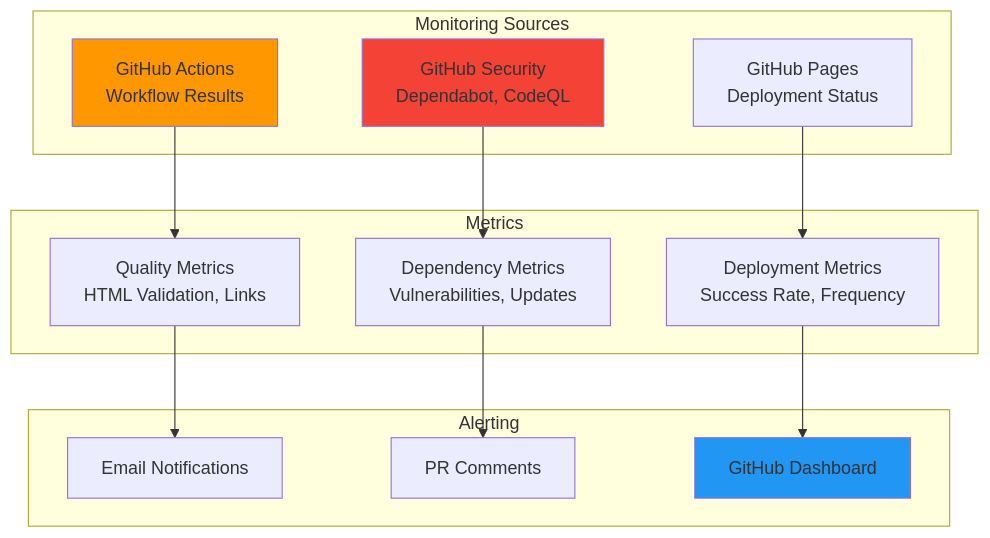
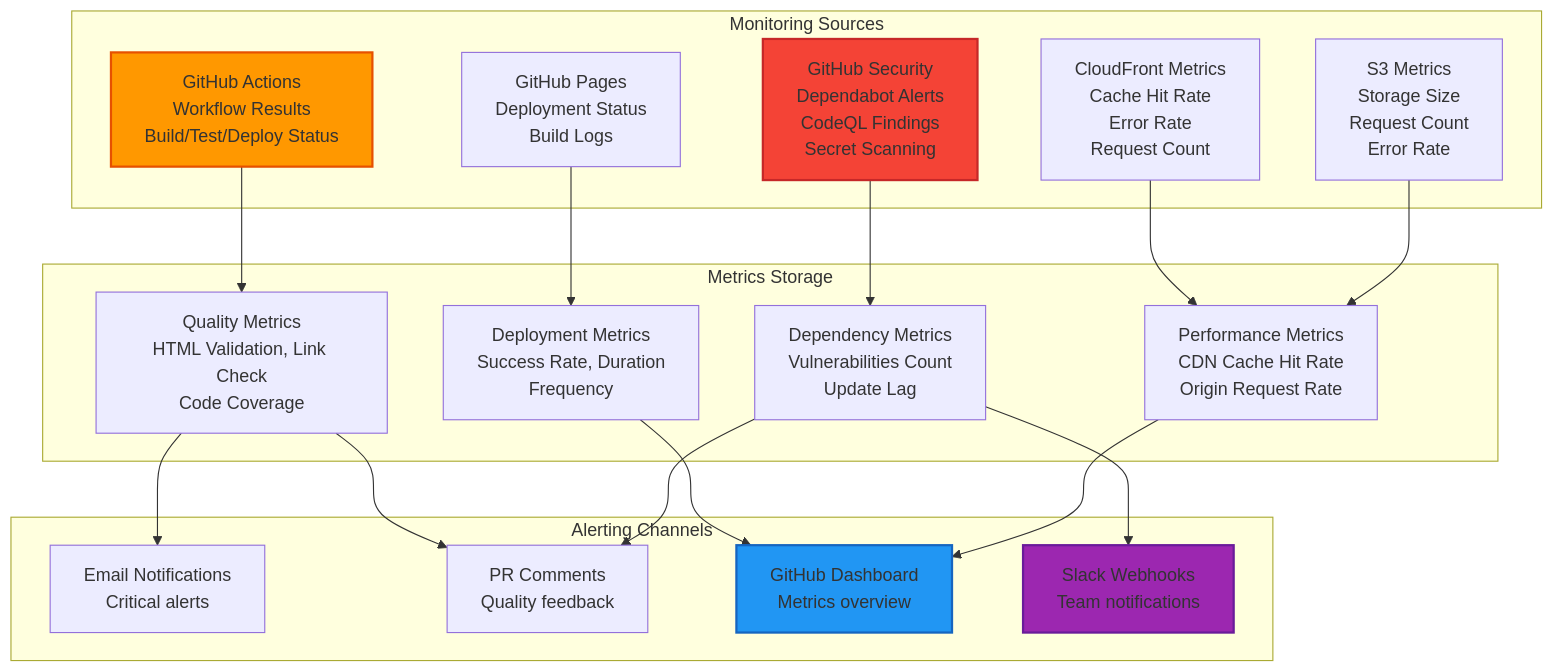
Before and after one commit to Hack23/riksdagsmonitor: diagram 13 of 15 in ARCHITECTURE.md, drawn with Mermaid. The commit also changed other lines of this file, not shown here.

Commit message:
docs: restructure ARCHITECTURE.md to C4 standard with header, doc map, C4 views, layers, patterns, and footer

````diff
--- a/ARCHITECTURE.md
+++ b/ARCHITECTURE.md
@@ -672,32 +1082,42 @@
 ```mermaid
 graph TB
     subgraph "Monitoring Sources"
-        GH[GitHub Actions<br/>Workflow Results]
-        Pages[GitHub Pages<br/>Deployment Status]
-        Security[GitHub Security<br/>Dependabot, CodeQL]
+        GH[GitHub Actions<br/>Workflow Results<br/>Build/Test/Deploy Status]
+        Pages[GitHub Pages<br/>Deployment Status<br/>Build Logs]
+        Security[GitHub Security<br/>Dependabot Alerts<br/>CodeQL Findings<br/>Secret Scanning]
+        CloudFront[CloudFront Metrics<br/>Cache Hit Rate<br/>Error Rate<br/>Request Count]
+        S3[S3 Metrics<br/>Storage Size<br/>Request Count<br/>Error Rate]
     end
     
-    subgraph "Alerting"
-        Email[Email Notifications]
-        PR[PR Comments]
-        Dashboard[GitHub Dashboard]
+    subgraph "Alerting Channels"
+        Email[Email Notifications<br/>Critical alerts]
+        PR[PR Comments<br/>Quality feedback]
+        Dashboard[GitHub Dashboard<br/>Metrics overview]
+        Slack[Slack Webhooks<br/>Team notifications]
     end
     
-    subgraph "Metrics"
-        Quality[Quality Metrics<br/>HTML Validation, Links]
-        Deps[Dependency Metrics<br/>Vulnerabilities, Updates]
-        Deploy[Deployment Metrics<br/>Success Rate, Frequency]
+    subgraph "Metrics Storage"
+        Quality[Quality Metrics<br/>HTML Validation, Link Check<br/>Code Coverage]
+        Deps[Dependency Metrics<br/>Vulnerabilities Count<br/>Update Lag]
+        Deploy[Deployment Metrics<br/>Success Rate, Duration<br/>Frequency]
+        Performance[Performance Metrics<br/>CDN Cache Hit Rate<br/>Origin Request Rate]
     end
     
     GH --> Quality
     Pages --> Deploy
     Security --> Deps
+    CloudFront --> Performance
+    S3 --> Performance
     
     Quality --> Email
+    Quality --> PR
     Deps --> PR
+    Deps --> Slack
     Deploy --> Dashboard
+    Performance --> Dashboard
     
-    style GH fill:#ff9800
-    style Security fill:#f44336
-    style Dashboard fill:#2196f3
+    style GH fill:#ff9800,stroke:#e65100,stroke-width:2px
+    style Security fill:#f44336,stroke:#c62828,stroke-width:2px
+    style Dashboard fill:#2196f3,stroke:#1565c0,stroke-width:2px
+    style Slack fill:#9c27b0,stroke:#6a1b9a,stroke-width:2px
 ```
````
